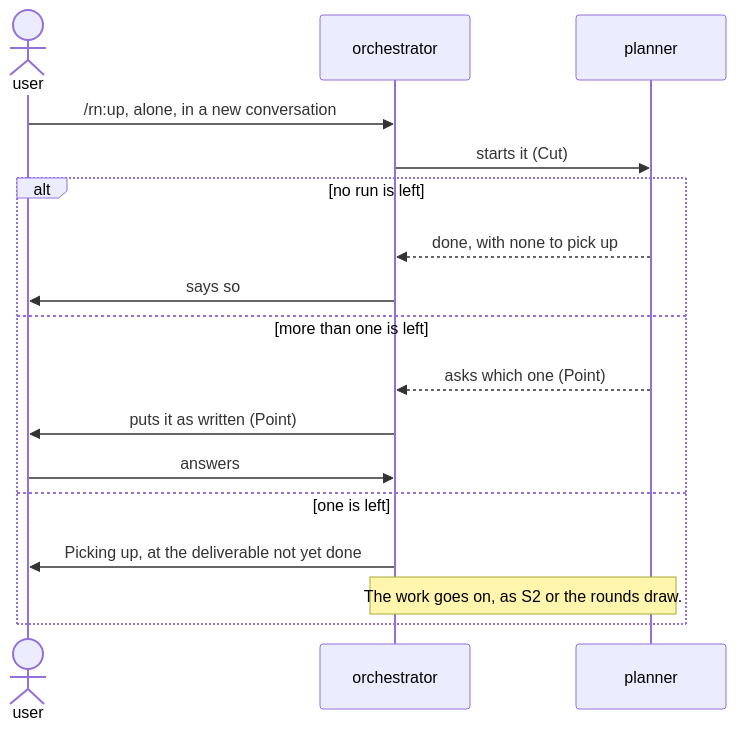
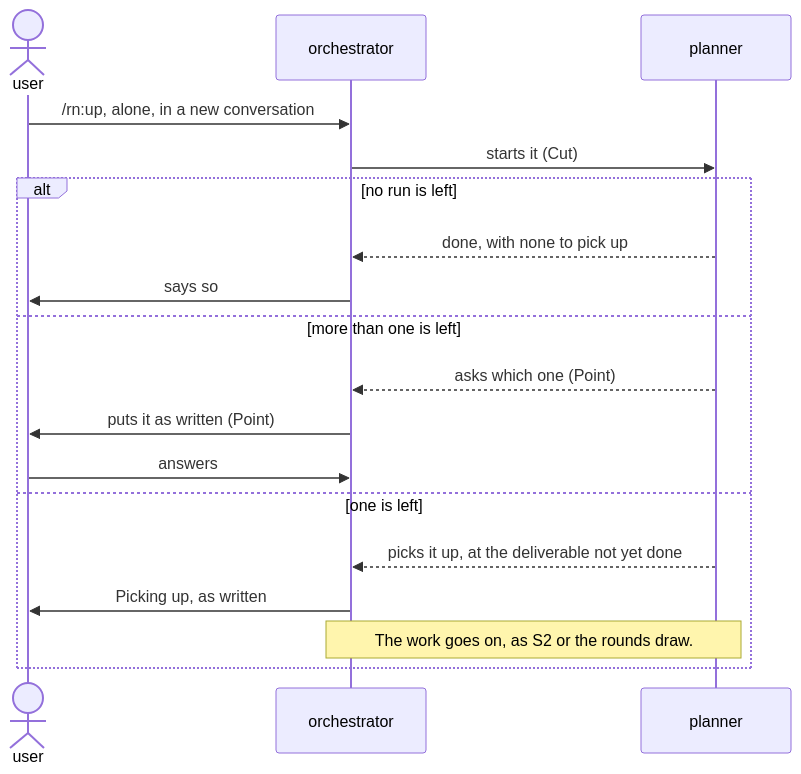
The fourth of 5 diagrams in dev/rn/architecture.md (lovaizu/ccpm), drawn with Mermaid before and after one commit. The commit also changed other lines of this file and 1 other file, not shown here.

````diff
--- a/dev/rn/architecture.md
+++ b/dev/rn/architecture.md
@@ -233,19 +238,20 @@
 ```mermaid
 sequenceDiagram
   actor U as user
   participant O as orchestrator
   participant P as planner
   U->>O: /rn:up, alone, in a new conversation
   O->>P: starts it (Cut)
   alt no run is left
     P-->>O: done, with none to pick up
     O->>U: says so
   else more than one is left
     P-->>O: asks which one (Point)
     O->>U: puts it as written (Point)
     U->>O: answers
   else one is left
-    O->>U: Picking up, at the deliverable not yet done
+    P-->>O: picks it up, at the deliverable not yet done
+    O->>U: Picking up, as written
     Note over O,P: The work goes on, as S2 or the rounds draw.
   end
 ```
````
